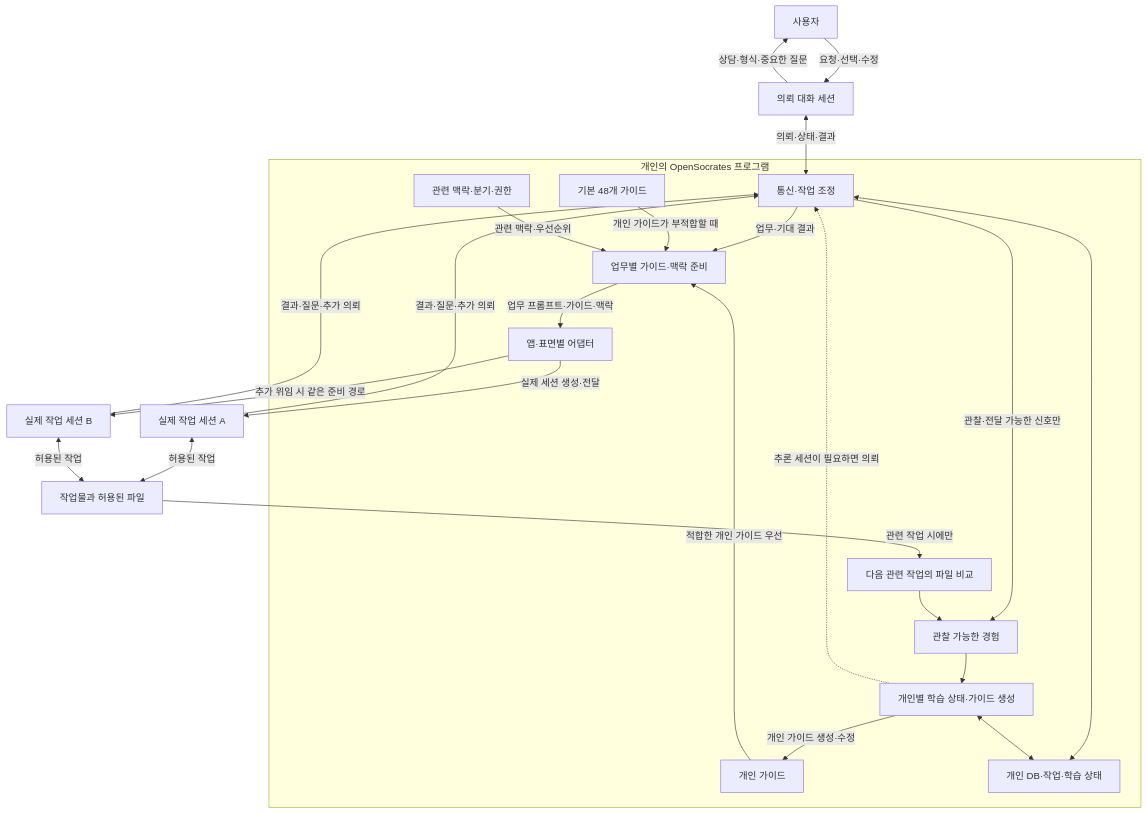
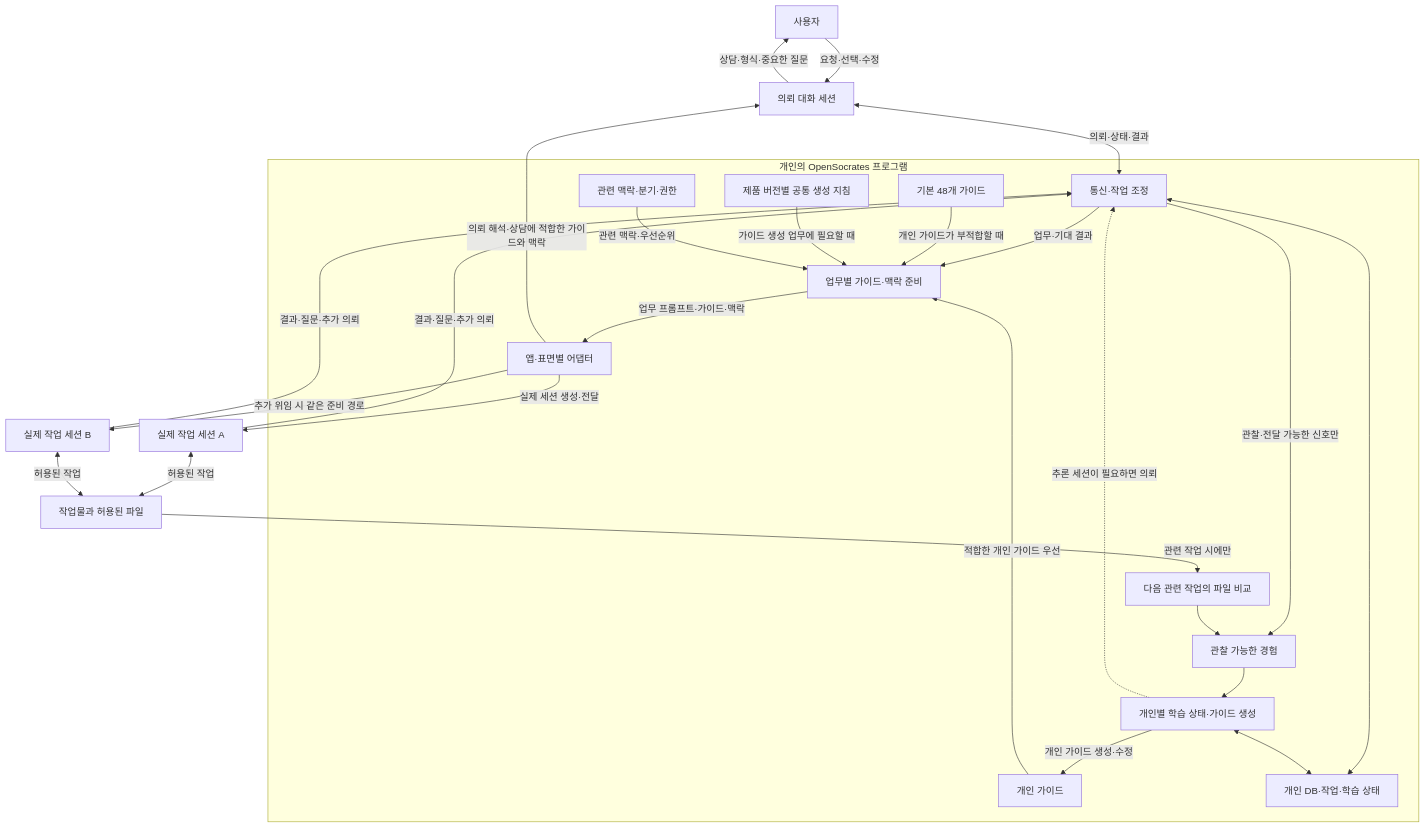
Before and after one commit to ParkerHwang/OpenSocrates: the first of 2 diagrams in docs/v2.0/SYSTEM_2.0.ko.md, drawn with Mermaid. The commit also changed other lines of this file and 8 other files, not shown here.

````diff
--- a/docs/v2.0/SYSTEM_2.0.ko.md
+++ b/docs/v2.0/SYSTEM_2.0.ko.md
@@ -32,45 +32,48 @@
 ```mermaid
 flowchart TD
     user["사용자"]
     intake["의뢰 대화 세션"]
     worker["실제 작업 세션 A"]
     worker2["실제 작업 세션 B"]
     artifact["작업물과 허용된 파일"]
 
     subgraph os["개인의 OpenSocrates 프로그램"]
         channel["통신·작업 조정"]
         select["업무별 가이드·맥락 준비"]
         base["기본 48개 가이드"]
         personal["개인 가이드"]
+        generator["제품 버전별 공통 생성 지침"]
         context["관련 맥락·분기·권한"]
         adapter["앱·표면별 어댑터"]
         state["개인 DB·작업·학습 상태"]
         signal["관찰 가능한 경험"]
         compare["다음 관련 작업의 파일 비교"]
         learn["개인별 학습 상태·가이드 생성"]
 
         channel -->|"업무·기대 결과"| select
         base -->|"개인 가이드가 부적합할 때"| select
         personal -->|"적합한 개인 가이드 우선"| select
+        generator -->|"가이드 생성 업무에 필요할 때"| select
         context -->|"관련 맥락·우선순위"| select
         select -->|"업무 프롬프트·가이드·맥락"| adapter
         channel <--> state
         channel -->|"관찰·전달 가능한 신호만"| signal
         compare --> signal
         signal --> learn
         learn -->|"개인 가이드 생성·수정"| personal
         learn <--> state
         learn -.->|"추론 세션이 필요하면 의뢰"| channel
     end
 
     user -->|"요청·선택·수정"| intake
     intake -->|"상담·형식·중요한 질문"| user
     intake <-->|"의뢰·상태·결과"| channel
+    adapter -->|"의뢰 해석·상담에 적합한 가이드와 맥락"| intake
     adapter -->|"실제 세션 생성·전달"| worker
     adapter -->|"추가 위임 시 같은 준비 경로"| worker2
     worker -->|"결과·질문·추가 의뢰"| channel
     worker2 -->|"결과·질문·추가 의뢰"| channel
     worker <-->|"허용된 작업"| artifact
     worker2 <-->|"허용된 작업"| artifact
     artifact -->|"관련 작업 시에만"| compare
 ```
````
